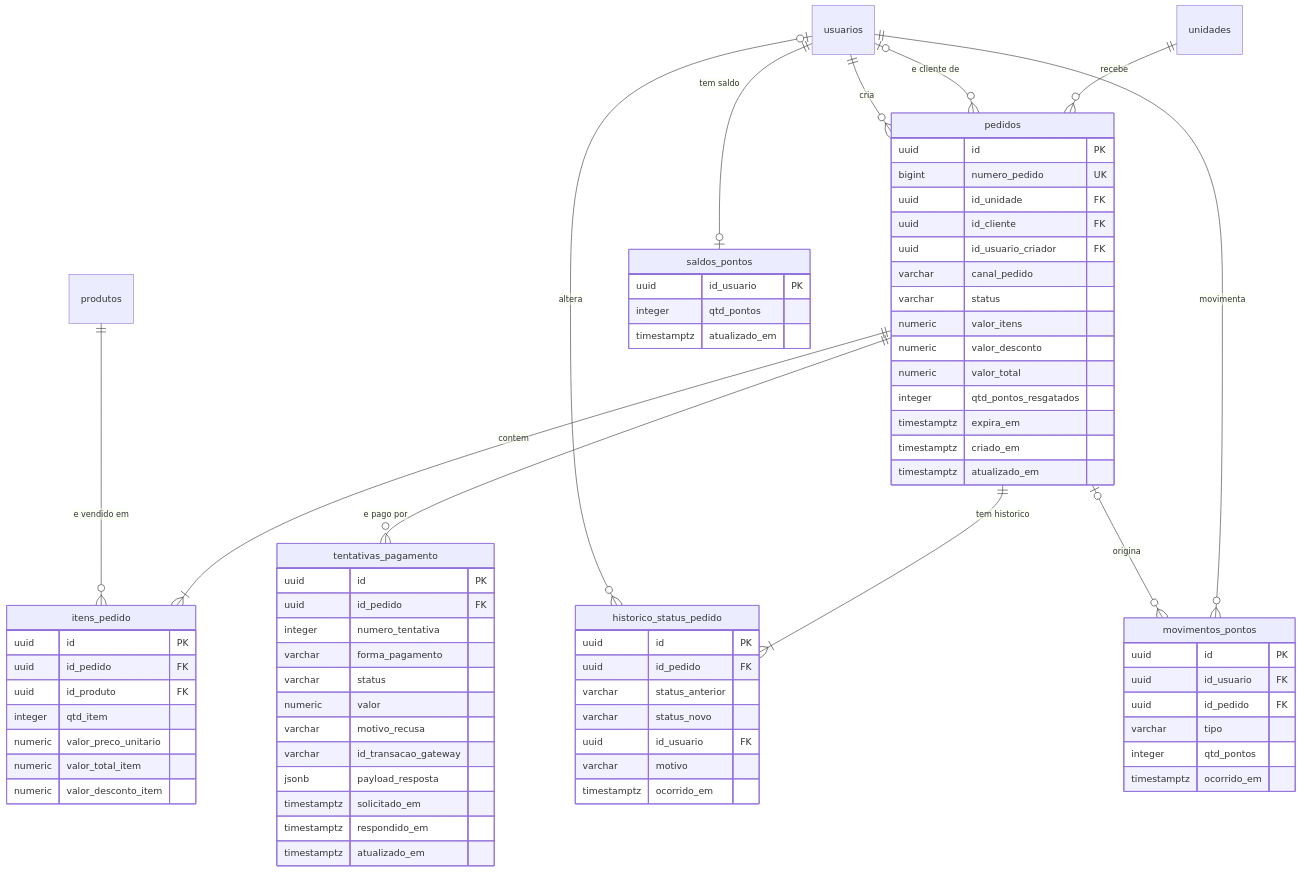
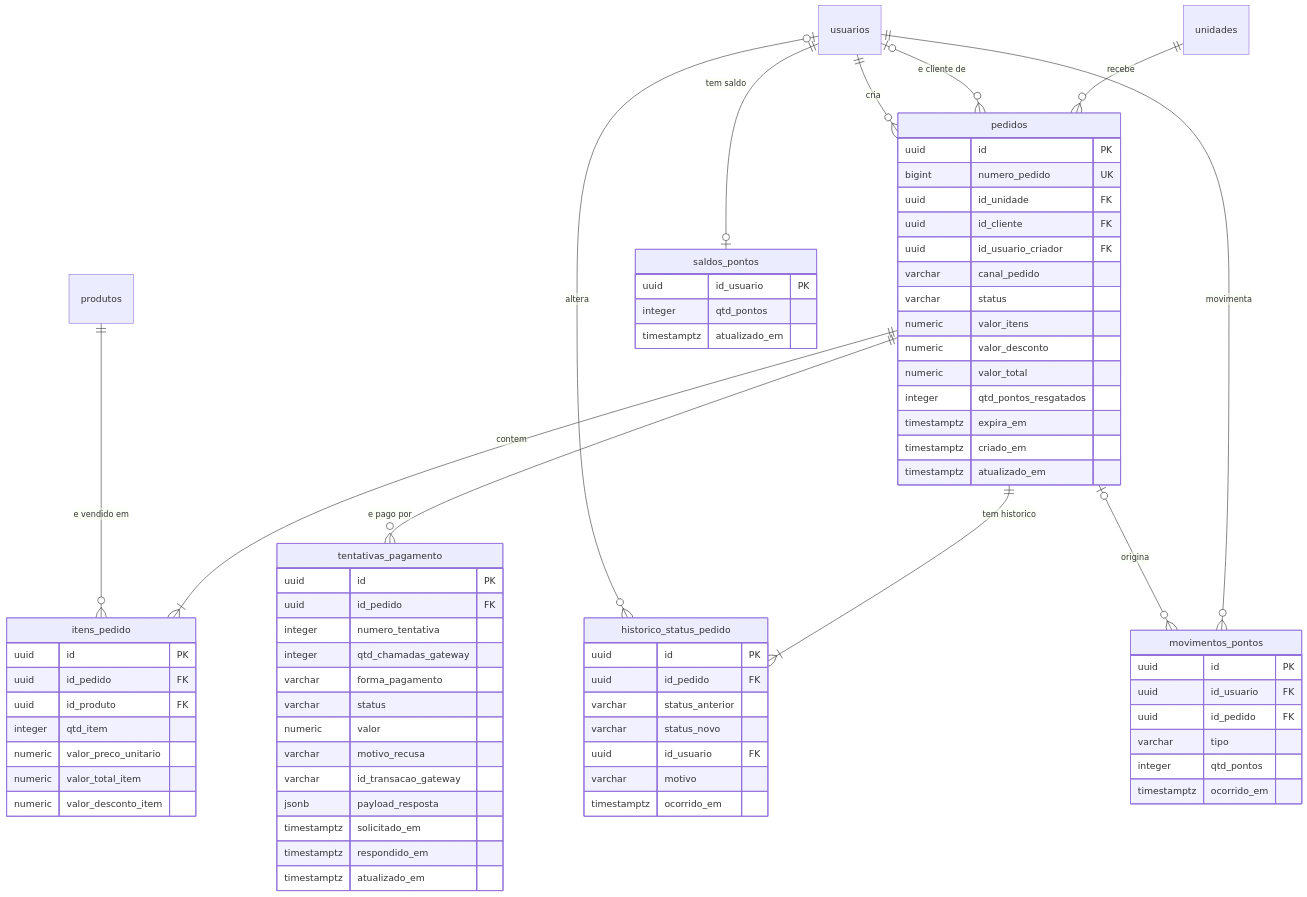
The fourth of 4 diagrams in docs/modelagem/der.md (rfelribeiro/raizes-do-nordeste-backend), drawn with Mermaid before and after one commit. The commit also changed other lines of this file and 4 other files, not shown here.

````diff
--- a/docs/modelagem/der.md
+++ b/docs/modelagem/der.md
@@ -198,76 +198,77 @@
 ```mermaid
 erDiagram
     unidades ||--o{ pedidos : "recebe"
     usuarios |o--o{ pedidos : "e cliente de"
     usuarios ||--o{ pedidos : "cria"
     pedidos ||--|{ itens_pedido : "contem"
     produtos ||--o{ itens_pedido : "e vendido em"
     pedidos ||--|{ historico_status_pedido : "tem historico"
     usuarios |o--o{ historico_status_pedido : "altera"
     pedidos ||--o{ tentativas_pagamento : "e pago por"
     usuarios ||--o| saldos_pontos : "tem saldo"
     usuarios ||--o{ movimentos_pontos : "movimenta"
     pedidos |o--o{ movimentos_pontos : "origina"
 
     pedidos {
         uuid id PK
         bigint numero_pedido UK
         uuid id_unidade FK
         uuid id_cliente FK
         uuid id_usuario_criador FK
         varchar canal_pedido
         varchar status
         numeric valor_itens
         numeric valor_desconto
         numeric valor_total
         integer qtd_pontos_resgatados
         timestamptz expira_em
         timestamptz criado_em
         timestamptz atualizado_em
     }
     itens_pedido {
         uuid id PK
         uuid id_pedido FK
         uuid id_produto FK
         integer qtd_item
         numeric valor_preco_unitario
         numeric valor_total_item
         numeric valor_desconto_item
     }
     historico_status_pedido {
         uuid id PK
         uuid id_pedido FK
         varchar status_anterior
         varchar status_novo
         uuid id_usuario FK
         varchar motivo
         timestamptz ocorrido_em
     }
     tentativas_pagamento {
         uuid id PK
         uuid id_pedido FK
         integer numero_tentativa
+        integer qtd_chamadas_gateway
         varchar forma_pagamento
         varchar status
         numeric valor
         varchar motivo_recusa
         varchar id_transacao_gateway
         jsonb payload_resposta
         timestamptz solicitado_em
         timestamptz respondido_em
         timestamptz atualizado_em
     }
     saldos_pontos {
         uuid id_usuario PK
         integer qtd_pontos
         timestamptz atualizado_em
     }
     movimentos_pontos {
         uuid id PK
         uuid id_usuario FK
         uuid id_pedido FK
         varchar tipo
         integer qtd_pontos
         timestamptz ocorrido_em
     }
 ```
````
